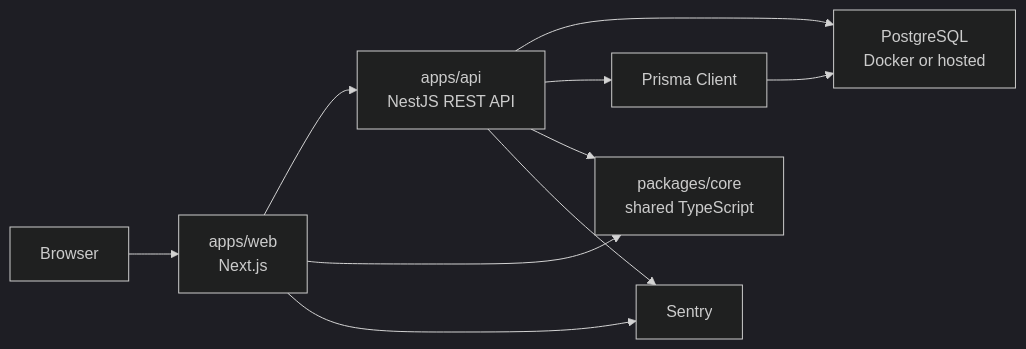
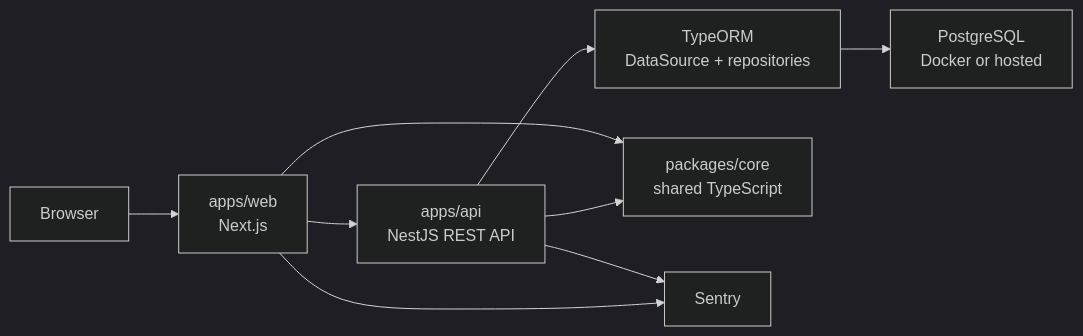
Before and after one commit to andrewstet/template-monorepo-next-nest: the first of 2 diagrams in docs/architecture.md, drawn with Mermaid (dark theme). The commit also changed other lines of this file and 25 other files, not shown here.

````diff
--- a/docs/architecture.md
+++ b/docs/architecture.md
@@ -5,12 +5,11 @@
 ```mermaid
 flowchart LR
   Browser["Browser"] --> Web["apps/web<br/>Next.js"]
   Web --> Api["apps/api<br/>NestJS REST API"]
-  Api --> Db["PostgreSQL<br/>Docker or hosted"]
-  Api --> Prisma["Prisma Client"]
-  Prisma --> Db
+  Api --> Orm["TypeORM<br/>DataSource + repositories"]
+  Orm --> Db["PostgreSQL<br/>Docker or hosted"]
   Web --> Core["packages/core<br/>shared TypeScript"]
   Api --> Core
   Api --> Sentry["Sentry"]
   Web --> Sentry
 ```
````
